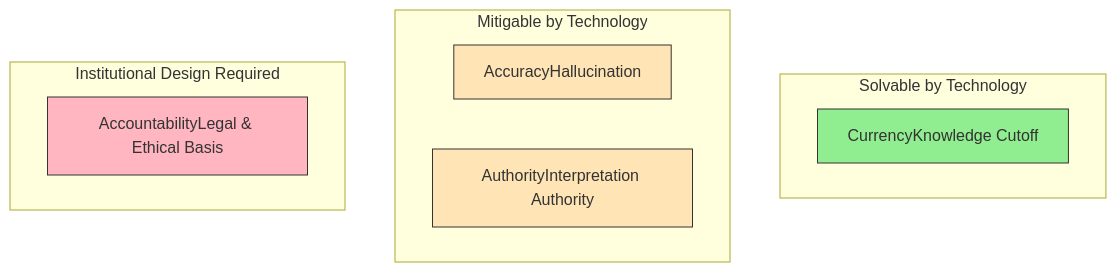
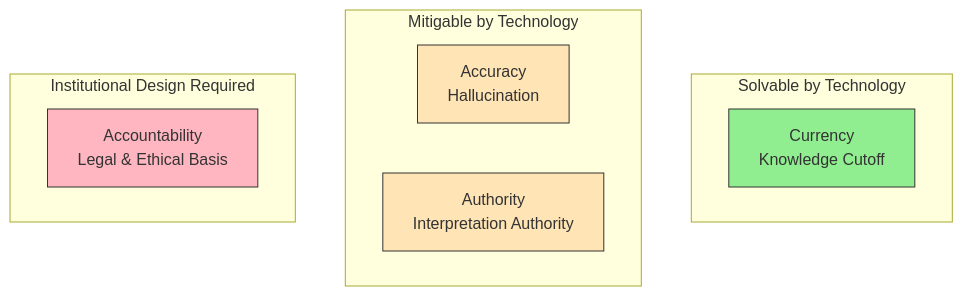
One commit to shuji-bonji/ai-agent-architecture changed the second of 10 diagrams in docs/concepts/05-solving-ai-limitations.md. Above: the diagram before and after it, drawn with Mermaid. The commit also changed other lines of this file and 8 other files, not shown here.

````diff
--- a/docs/concepts/05-solving-ai-limitations.md
+++ b/docs/concepts/05-solving-ai-limitations.md
@@ -35,20 +35,20 @@
 ```mermaid
 flowchart TB
     subgraph SOLVABLE["Solvable by Technology"]
-        CURRENCY["Currency<bn>Knowledge Cutoff"]
+        CURRENCY["Currency<br>Knowledge Cutoff"]
     end
 
     subgraph MITIGABLE["Mitigable by Technology"]
-        ACCURACY["Accuracy<bn>Hallucination"]
-        AUTHORITY["Authority<bn>Interpretation Authority"]
+        ACCURACY["Accuracy<br>Hallucination"]
+        AUTHORITY["Authority<br>Interpretation Authority"]
     end
 
     subgraph SYSTEMIC["Institutional Design Required"]
-        ACCOUNTABILITY["Accountability<bn>Legal & Ethical Basis"]
+        ACCOUNTABILITY["Accountability<br>Legal & Ethical Basis"]
     end
 
     style CURRENCY fill:#90EE90,color:#333,stroke:#333
     style ACCURACY fill:#FFE4B5,color:#333,stroke:#333
     style AUTHORITY fill:#FFE4B5,color:#333,stroke:#333
     style ACCOUNTABILITY fill:#FFB6C1,color:#333,stroke:#333
 ```
````
